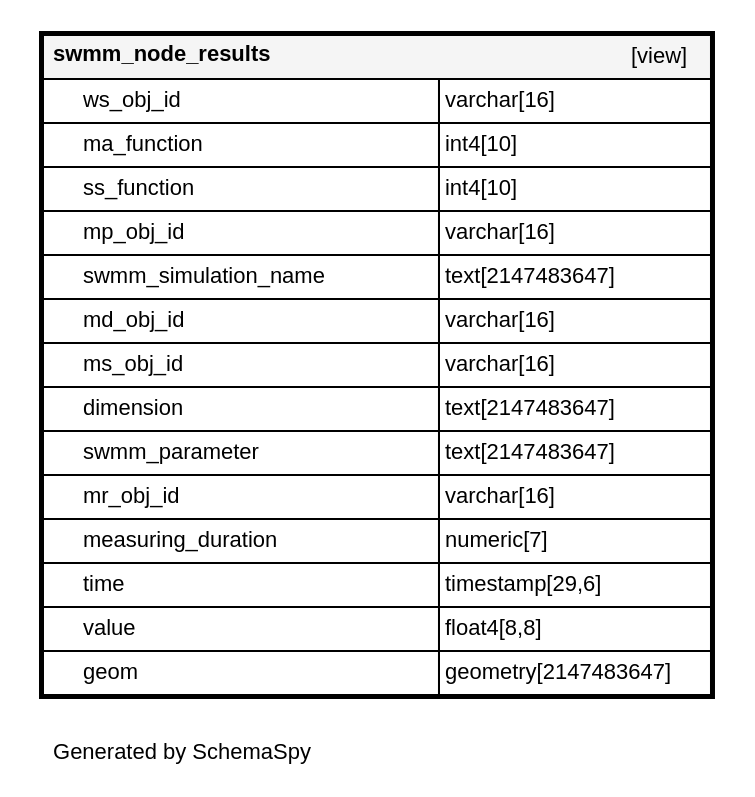
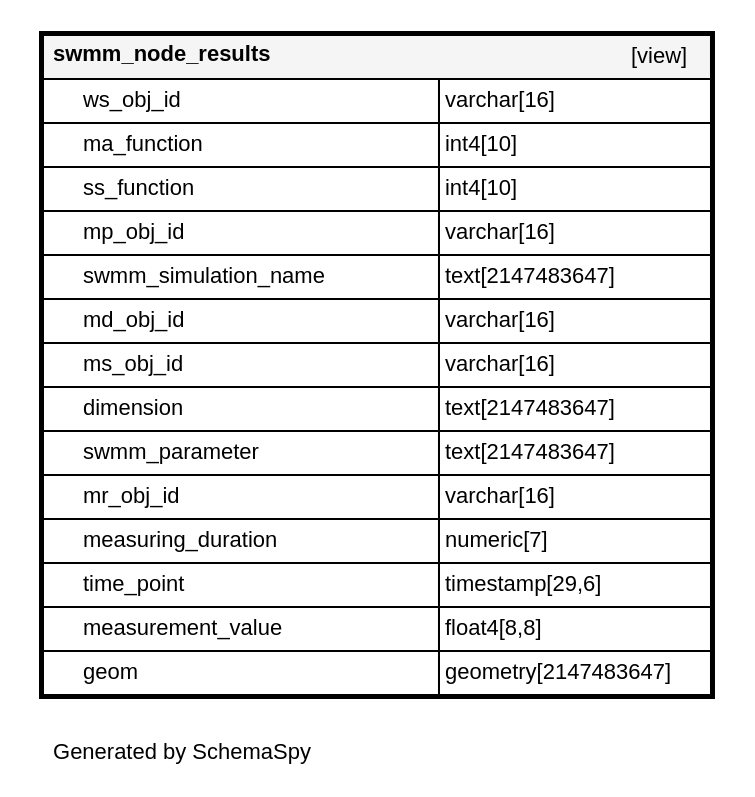
The diagram in en/_static/datamodel/tww_app/diagrams/tables/swmm_node_results.1degree.dot (teksi/wastewater), drawn with Graphviz before and after one commit. The commit also changed 141 other files, not shown here.

```diff
--- a/en/_static/datamodel/tww_app/diagrams/tables/swmm_node_results.1degree.dot
+++ b/en/_static/datamodel/tww_app/diagrams/tables/swmm_node_results.1degree.dot
@@ -1,26 +1,26 @@
 digraph "oneDegreeRelationshipsDiagram" {
   graph [    rankdir="RL"    bgcolor="#ffffff"    label="\nGenerated by SchemaSpy"    labeljust="l"    nodesep="0.18"    ranksep="0.46"    fontname="Helvetica"    fontsize="11"    packmode="graph"  ];  node [    fontname="Helvetica"    fontsize="11"    shape="plaintext"  ];  edge [    arrowsize="0.8"  ];
   "swmm_node_results" [
    label=<
     <TABLE BORDER="2" CELLBORDER="1" CELLSPACING="0" BGCOLOR="#ffffff">
       <TR><TD COLSPAN="4"  BGCOLOR="#f5f5f5"><TABLE BORDER="0" CELLSPACING="0"><TR><TD ALIGN="LEFT" FIXEDSIZE="TRUE" WIDTH="146" HEIGHT="16"><B>swmm_node_results</B></TD><TD ALIGN="RIGHT">[view]</TD></TR></TABLE></TD></TR>
       <TR><TD PORT="ws_obj_id" COLSPAN="2" ALIGN="LEFT"><TABLE BORDER="0" CELLSPACING="0" ALIGN="LEFT"><TR ALIGN="LEFT"><TD ALIGN="LEFT" FIXEDSIZE="TRUE" WIDTH="15" HEIGHT="16"></TD><TD ALIGN="LEFT" FIXEDSIZE="TRUE" WIDTH="177" HEIGHT="16">ws_obj_id</TD></TR></TABLE></TD><TD PORT="ws_obj_id.type" ALIGN="LEFT">varchar[16]</TD></TR>
       <TR><TD PORT="ma_function" COLSPAN="2" ALIGN="LEFT"><TABLE BORDER="0" CELLSPACING="0" ALIGN="LEFT"><TR ALIGN="LEFT"><TD ALIGN="LEFT" FIXEDSIZE="TRUE" WIDTH="15" HEIGHT="16"></TD><TD ALIGN="LEFT" FIXEDSIZE="TRUE" WIDTH="177" HEIGHT="16">ma_function</TD></TR></TABLE></TD><TD PORT="ma_function.type" ALIGN="LEFT">int4[10]</TD></TR>
       <TR><TD PORT="ss_function" COLSPAN="2" ALIGN="LEFT"><TABLE BORDER="0" CELLSPACING="0" ALIGN="LEFT"><TR ALIGN="LEFT"><TD ALIGN="LEFT" FIXEDSIZE="TRUE" WIDTH="15" HEIGHT="16"></TD><TD ALIGN="LEFT" FIXEDSIZE="TRUE" WIDTH="177" HEIGHT="16">ss_function</TD></TR></TABLE></TD><TD PORT="ss_function.type" ALIGN="LEFT">int4[10]</TD></TR>
       <TR><TD PORT="mp_obj_id" COLSPAN="2" ALIGN="LEFT"><TABLE BORDER="0" CELLSPACING="0" ALIGN="LEFT"><TR ALIGN="LEFT"><TD ALIGN="LEFT" FIXEDSIZE="TRUE" WIDTH="15" HEIGHT="16"></TD><TD ALIGN="LEFT" FIXEDSIZE="TRUE" WIDTH="177" HEIGHT="16">mp_obj_id</TD></TR></TABLE></TD><TD PORT="mp_obj_id.type" ALIGN="LEFT">varchar[16]</TD></TR>
       <TR><TD PORT="swmm_simulation_name" COLSPAN="2" ALIGN="LEFT"><TABLE BORDER="0" CELLSPACING="0" ALIGN="LEFT"><TR ALIGN="LEFT"><TD ALIGN="LEFT" FIXEDSIZE="TRUE" WIDTH="15" HEIGHT="16"></TD><TD ALIGN="LEFT" FIXEDSIZE="TRUE" WIDTH="177" HEIGHT="16">swmm_simulation_name</TD></TR></TABLE></TD><TD PORT="swmm_simulation_name.type" ALIGN="LEFT">text[2147483647]</TD></TR>
       <TR><TD PORT="md_obj_id" COLSPAN="2" ALIGN="LEFT"><TABLE BORDER="0" CELLSPACING="0" ALIGN="LEFT"><TR ALIGN="LEFT"><TD ALIGN="LEFT" FIXEDSIZE="TRUE" WIDTH="15" HEIGHT="16"></TD><TD ALIGN="LEFT" FIXEDSIZE="TRUE" WIDTH="177" HEIGHT="16">md_obj_id</TD></TR></TABLE></TD><TD PORT="md_obj_id.type" ALIGN="LEFT">varchar[16]</TD></TR>
       <TR><TD PORT="ms_obj_id" COLSPAN="2" ALIGN="LEFT"><TABLE BORDER="0" CELLSPACING="0" ALIGN="LEFT"><TR ALIGN="LEFT"><TD ALIGN="LEFT" FIXEDSIZE="TRUE" WIDTH="15" HEIGHT="16"></TD><TD ALIGN="LEFT" FIXEDSIZE="TRUE" WIDTH="177" HEIGHT="16">ms_obj_id</TD></TR></TABLE></TD><TD PORT="ms_obj_id.type" ALIGN="LEFT">varchar[16]</TD></TR>
       <TR><TD PORT="dimension" COLSPAN="2" ALIGN="LEFT"><TABLE BORDER="0" CELLSPACING="0" ALIGN="LEFT"><TR ALIGN="LEFT"><TD ALIGN="LEFT" FIXEDSIZE="TRUE" WIDTH="15" HEIGHT="16"></TD><TD ALIGN="LEFT" FIXEDSIZE="TRUE" WIDTH="177" HEIGHT="16">dimension</TD></TR></TABLE></TD><TD PORT="dimension.type" ALIGN="LEFT">text[2147483647]</TD></TR>
       <TR><TD PORT="swmm_parameter" COLSPAN="2" ALIGN="LEFT"><TABLE BORDER="0" CELLSPACING="0" ALIGN="LEFT"><TR ALIGN="LEFT"><TD ALIGN="LEFT" FIXEDSIZE="TRUE" WIDTH="15" HEIGHT="16"></TD><TD ALIGN="LEFT" FIXEDSIZE="TRUE" WIDTH="177" HEIGHT="16">swmm_parameter</TD></TR></TABLE></TD><TD PORT="swmm_parameter.type" ALIGN="LEFT">text[2147483647]</TD></TR>
       <TR><TD PORT="mr_obj_id" COLSPAN="2" ALIGN="LEFT"><TABLE BORDER="0" CELLSPACING="0" ALIGN="LEFT"><TR ALIGN="LEFT"><TD ALIGN="LEFT" FIXEDSIZE="TRUE" WIDTH="15" HEIGHT="16"></TD><TD ALIGN="LEFT" FIXEDSIZE="TRUE" WIDTH="177" HEIGHT="16">mr_obj_id</TD></TR></TABLE></TD><TD PORT="mr_obj_id.type" ALIGN="LEFT">varchar[16]</TD></TR>
       <TR><TD PORT="measuring_duration" COLSPAN="2" ALIGN="LEFT"><TABLE BORDER="0" CELLSPACING="0" ALIGN="LEFT"><TR ALIGN="LEFT"><TD ALIGN="LEFT" FIXEDSIZE="TRUE" WIDTH="15" HEIGHT="16"></TD><TD ALIGN="LEFT" FIXEDSIZE="TRUE" WIDTH="177" HEIGHT="16">measuring_duration</TD></TR></TABLE></TD><TD PORT="measuring_duration.type" ALIGN="LEFT">numeric[7]</TD></TR>
-      <TR><TD PORT="time" COLSPAN="2" ALIGN="LEFT"><TABLE BORDER="0" CELLSPACING="0" ALIGN="LEFT"><TR ALIGN="LEFT"><TD ALIGN="LEFT" FIXEDSIZE="TRUE" WIDTH="15" HEIGHT="16"></TD><TD ALIGN="LEFT" FIXEDSIZE="TRUE" WIDTH="177" HEIGHT="16">time</TD></TR></TABLE></TD><TD PORT="time.type" ALIGN="LEFT">timestamp[29,6]</TD></TR>
-      <TR><TD PORT="value" COLSPAN="2" ALIGN="LEFT"><TABLE BORDER="0" CELLSPACING="0" ALIGN="LEFT"><TR ALIGN="LEFT"><TD ALIGN="LEFT" FIXEDSIZE="TRUE" WIDTH="15" HEIGHT="16"></TD><TD ALIGN="LEFT" FIXEDSIZE="TRUE" WIDTH="177" HEIGHT="16">value</TD></TR></TABLE></TD><TD PORT="value.type" ALIGN="LEFT">float4[8,8]</TD></TR>
+      <TR><TD PORT="time_point" COLSPAN="2" ALIGN="LEFT"><TABLE BORDER="0" CELLSPACING="0" ALIGN="LEFT"><TR ALIGN="LEFT"><TD ALIGN="LEFT" FIXEDSIZE="TRUE" WIDTH="15" HEIGHT="16"></TD><TD ALIGN="LEFT" FIXEDSIZE="TRUE" WIDTH="177" HEIGHT="16">time_point</TD></TR></TABLE></TD><TD PORT="time_point.type" ALIGN="LEFT">timestamp[29,6]</TD></TR>
+      <TR><TD PORT="measurement_value" COLSPAN="2" ALIGN="LEFT"><TABLE BORDER="0" CELLSPACING="0" ALIGN="LEFT"><TR ALIGN="LEFT"><TD ALIGN="LEFT" FIXEDSIZE="TRUE" WIDTH="15" HEIGHT="16"></TD><TD ALIGN="LEFT" FIXEDSIZE="TRUE" WIDTH="177" HEIGHT="16">measurement_value</TD></TR></TABLE></TD><TD PORT="measurement_value.type" ALIGN="LEFT">float4[8,8]</TD></TR>
       <TR><TD PORT="geom" COLSPAN="2" ALIGN="LEFT"><TABLE BORDER="0" CELLSPACING="0" ALIGN="LEFT"><TR ALIGN="LEFT"><TD ALIGN="LEFT" FIXEDSIZE="TRUE" WIDTH="15" HEIGHT="16"></TD><TD ALIGN="LEFT" FIXEDSIZE="TRUE" WIDTH="177" HEIGHT="16">geom</TD></TR></TABLE></TD><TD PORT="geom.type" ALIGN="LEFT">geometry[2147483647]</TD></TR>
     </TABLE>>
     URL="../../tables/swmm_node_results.html"
     target="_top"
     tooltip="swmm_node_results"
   ];
 }
```
